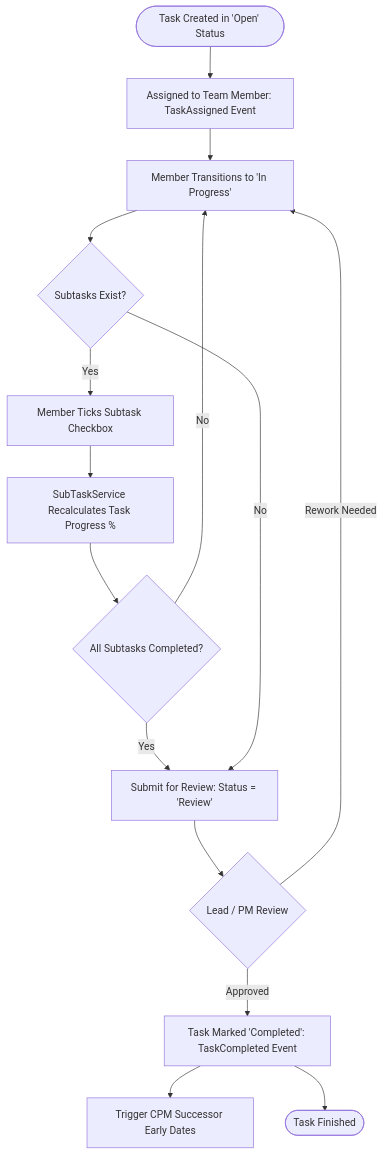
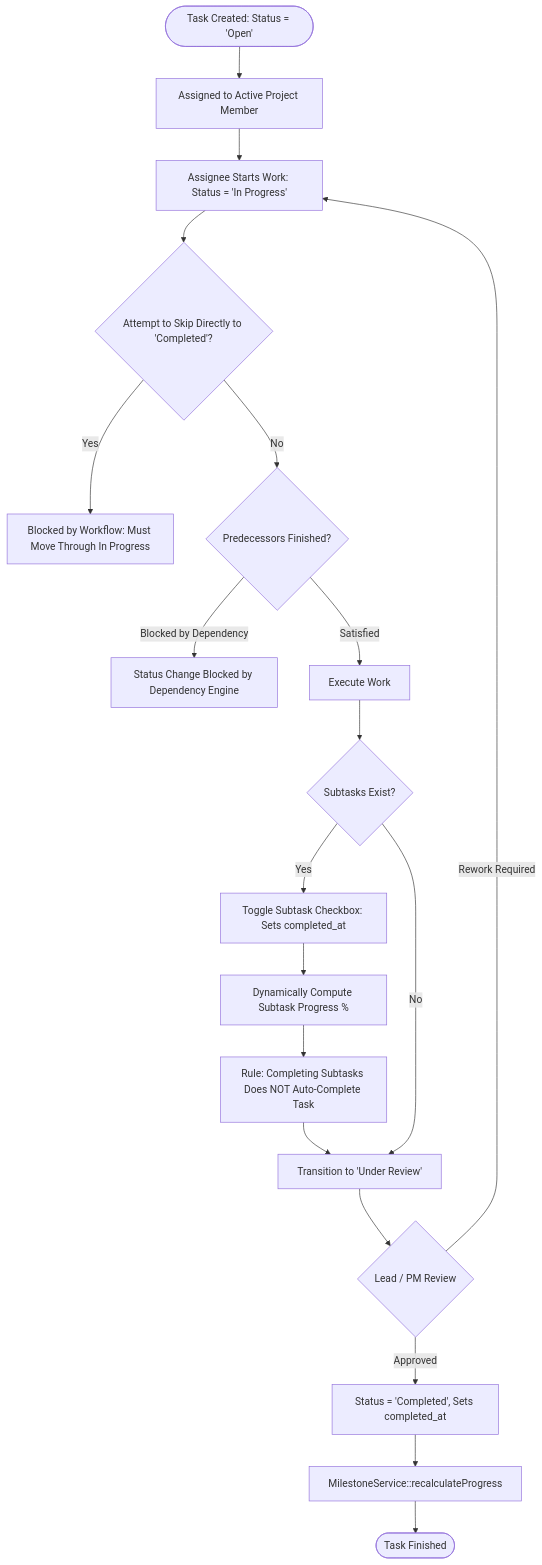
Before and after one commit to Warrgyizmorsch/wm-product-saas: the third of 8 diagrams in docs/user-manuals/project-management/WORKFLOWS.md, drawn with Mermaid. The commit also changed other lines of this file and 23 other files, not shown here.

````diff
--- a/docs/user-manuals/project-management/WORKFLOWS.md
+++ b/docs/user-manuals/project-management/WORKFLOWS.md
@@ -34,19 +77,25 @@
 ```mermaid
 flowchart TD
-    Start([Task Created in 'Open' Status]) --> Assigned[Assigned to Team Member: TaskAssigned Event]
-    Assigned --> InProg[Member Transitions to 'In Progress']
-    InProg --> WorkChecklist{Subtasks Exist?}
-    
-    WorkChecklist -- Yes --> SubCheck[Member Ticks Subtask Checkbox]
-    SubCheck --> RecalcProg[SubTaskService Recalculates Task Progress %]
-    RecalcProg --> SubAllDone{All Subtasks Completed?}
-    SubAllDone -- No --> InProg
-    SubAllDone -- Yes --> ReqReview[Submit for Review: Status = 'Review']
-    
-    WorkChecklist -- No --> ReqReview
-    ReqReview --> PMReview{Lead / PM Review}
-    PMReview -- Rework Needed --> InProg
-    PMReview -- Approved --> Completed[Task Marked 'Completed': TaskCompleted Event]
-    Completed --> TriggerDep[Trigger CPM Successor Early Dates]
-    Completed --> End([Task Finished])
+    Start([Task Created: Status = 'Open']) --> Assign[Assigned to Active Project Member]
+    Assign --> StepInProg[Assignee Starts Work: Status = 'In Progress']
+
+    StepInProg --> DirectCompCheck{Attempt to Skip Directly to 'Completed'?}
+    DirectCompCheck -- Yes --> RejectJump[Blocked by Workflow: Must Move Through In Progress]
+    DirectCompCheck -- No --> CheckDeps{Predecessors Finished?}
+
+    CheckDeps -- Blocked by Dependency --> BlockStart[Status Change Blocked by Dependency Engine]
+    CheckDeps -- Satisfied --> ExecTask[Execute Work]
+
+    ExecTask --> HasSub{Subtasks Exist?}
+    HasSub -- Yes --> ToggleSub[Toggle Subtask Checkbox: Sets completed_at]
+    ToggleSub --> DynCalc[Dynamically Compute Subtask Progress %]
+    DynCalc --> SubRule[Rule: Completing Subtasks Does NOT Auto-Complete Task]
+    SubRule --> SendReview
+
+    HasSub -- No --> SendReview[Transition to 'Under Review']
+    SendReview --> PMReview{Lead / PM Review}
+    PMReview -- Rework Required --> StepInProg
+    PMReview -- Approved --> MarkComp[Status = 'Completed', Sets completed_at]
+    MarkComp --> RecalcMile[MilestoneService::recalculateProgress]
+    RecalcMile --> EndTask([Task Finished])
 ```
````
